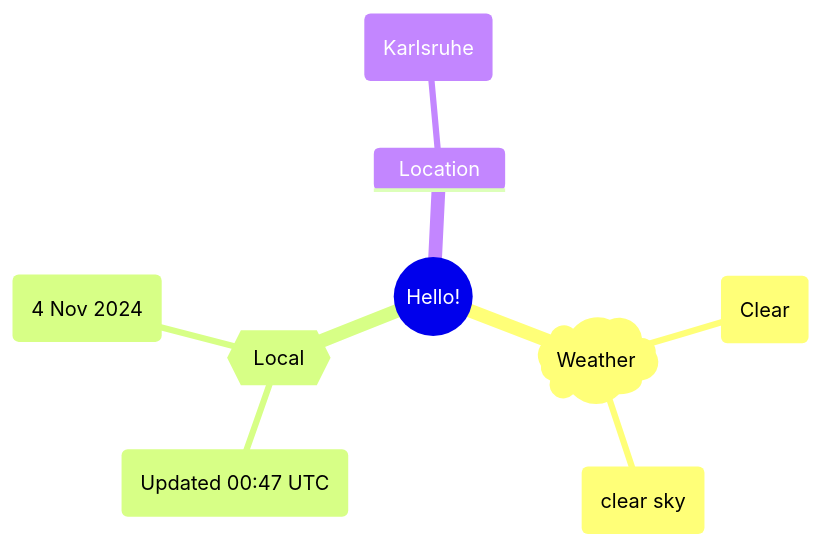
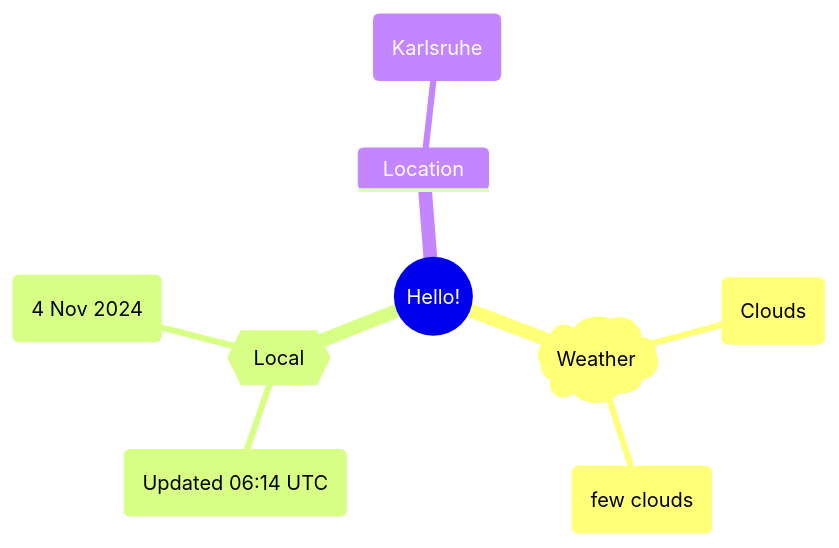
One commit to Xosrov/Xosrov changed the first of 2 diagrams in README.md. Above: the diagram before and after it, drawn with Mermaid.

Commit message:
[bot] updated images

````diff
--- a/README.md
+++ b/README.md
@@ -3,12 +3,12 @@
 ```mermaid
 mindmap
   root((Hello!))
     )Weather(
-        (Clear)
-        (clear sky)
+        (Clouds)
+        (few clouds)
     {{Local}}
-        (Updated 00:47 UTC)
+        (Updated 06:14 UTC)
         (4 Nov 2024)
     Location
         (Karlsruhe)
 ```
````
